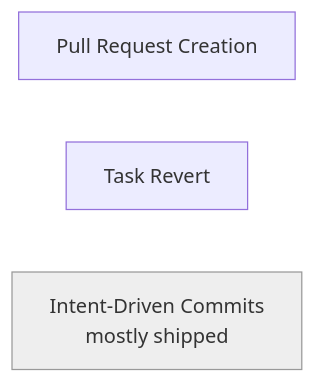
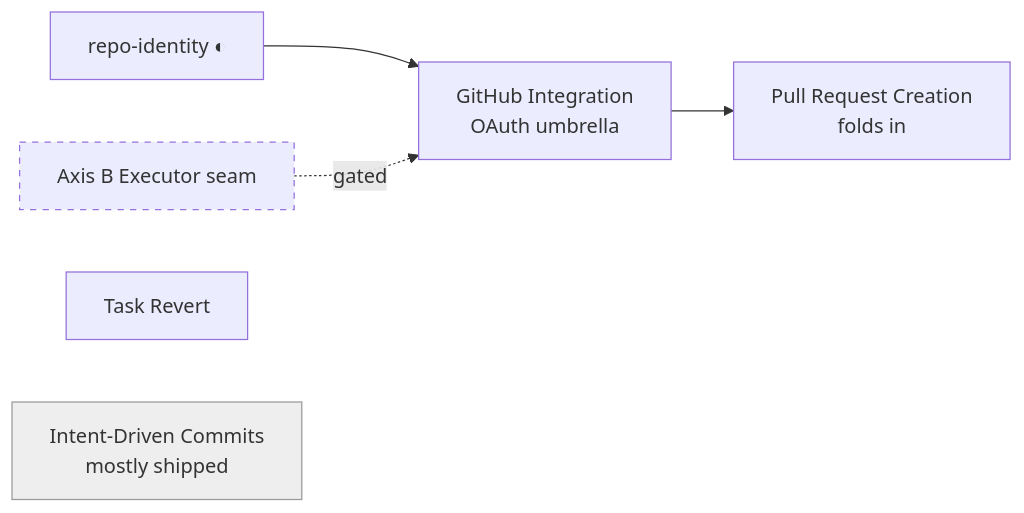
The fourth of 4 diagrams in specs/README.md (changkun/wallfacer), drawn with Mermaid before and after one commit. The commit also changed other lines of this file and 1 other file, not shown here.

Commit message:
specs: add github-integration umbrella for OAuth-backed repo, PR, and issue surface

````diff
--- a/specs/README.md
+++ b/specs/README.md
@@ -271,7 +272,10 @@
 ```mermaid
 graph LR
-  PR[Pull Request Creation]
+  RI[repo-identity ◐] --> GHI[GitHub Integration<br/>OAuth umbrella]
+  GHI --> PR[Pull Request Creation<br/>folds in]
+  EX[Axis B Executor seam] -.gated.-> GHI
   TR[Task Revert]
   IC[Intent-Driven Commits<br/>mostly shipped]
   style IC fill:#eee,stroke:#999
+  style EX stroke-dasharray: 5 5
 ```
````
